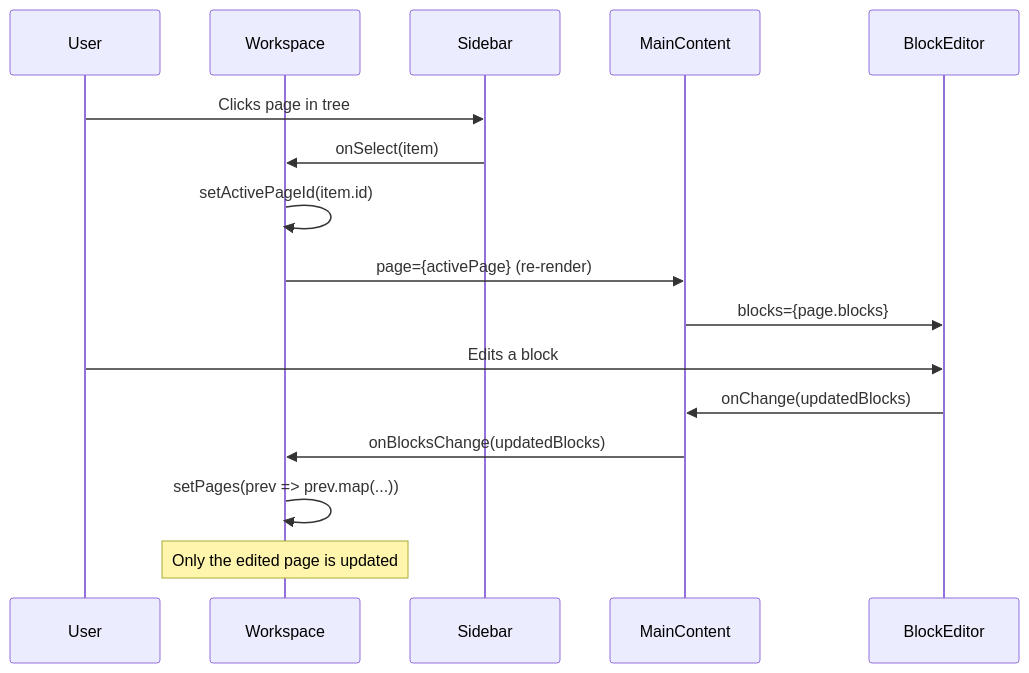
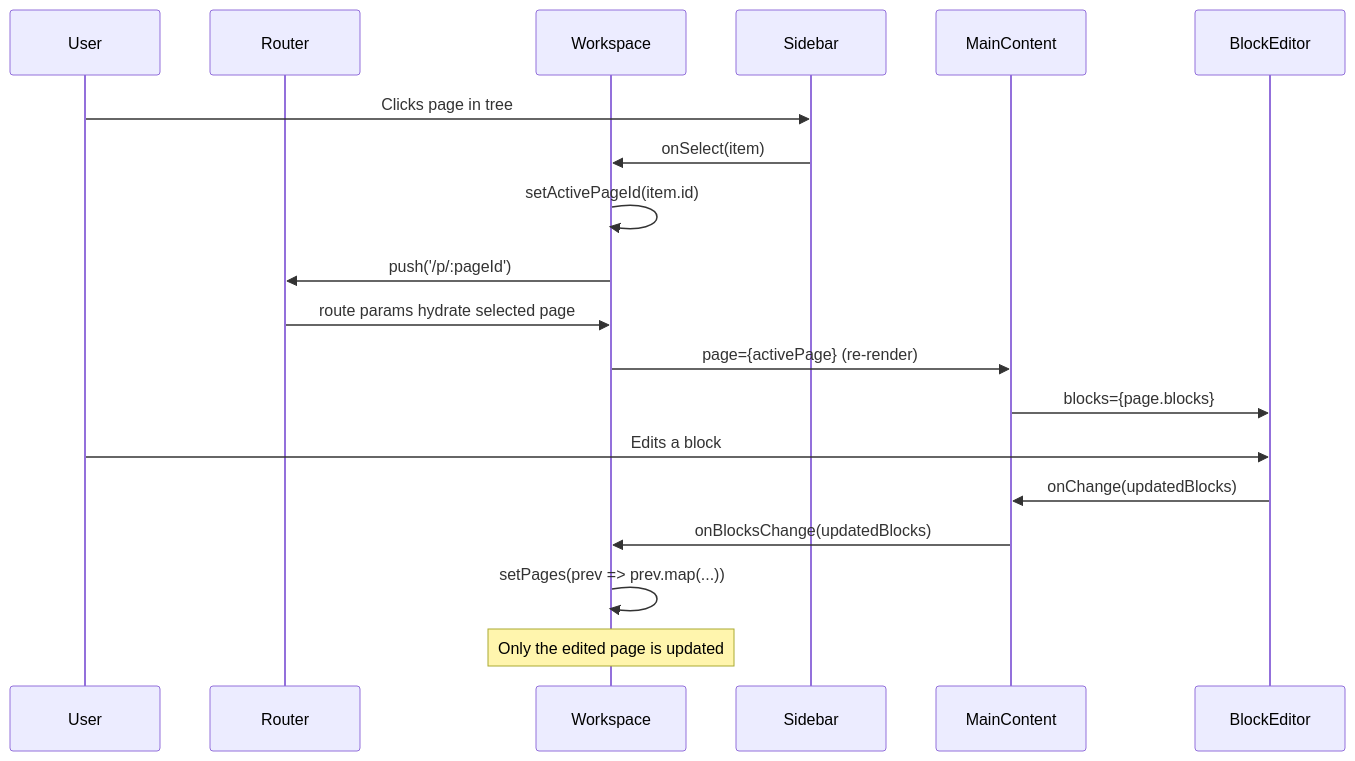
Before and after one commit to Ligred/devTree: the sixth of 16 diagrams in docs/ARCHITECTURE.md, drawn with Mermaid. The commit also changed other lines of this file and 25 other files, not shown here.

````diff
--- a/docs/ARCHITECTURE.md
+++ b/docs/ARCHITECTURE.md
@@ -246,20 +246,23 @@
 ```mermaid
 sequenceDiagram
     participant User
+    participant Router
     participant Workspace
     participant Sidebar
     participant MainContent
     participant BlockEditor
 
     User->>Sidebar: Clicks page in tree
     Sidebar->>Workspace: onSelect(item)
     Workspace->>Workspace: setActivePageId(item.id)
+    Workspace->>Router: push('/p/:pageId')
+    Router->>Workspace: route params hydrate selected page
     Workspace->>MainContent: page={activePage} (re-render)
     MainContent->>BlockEditor: blocks={page.blocks}
 
     User->>BlockEditor: Edits a block
     BlockEditor->>MainContent: onChange(updatedBlocks)
     MainContent->>Workspace: onBlocksChange(updatedBlocks)
     Workspace->>Workspace: setPages(prev => prev.map(...))
     Note over Workspace: Only the edited page is updated
 ```
````
